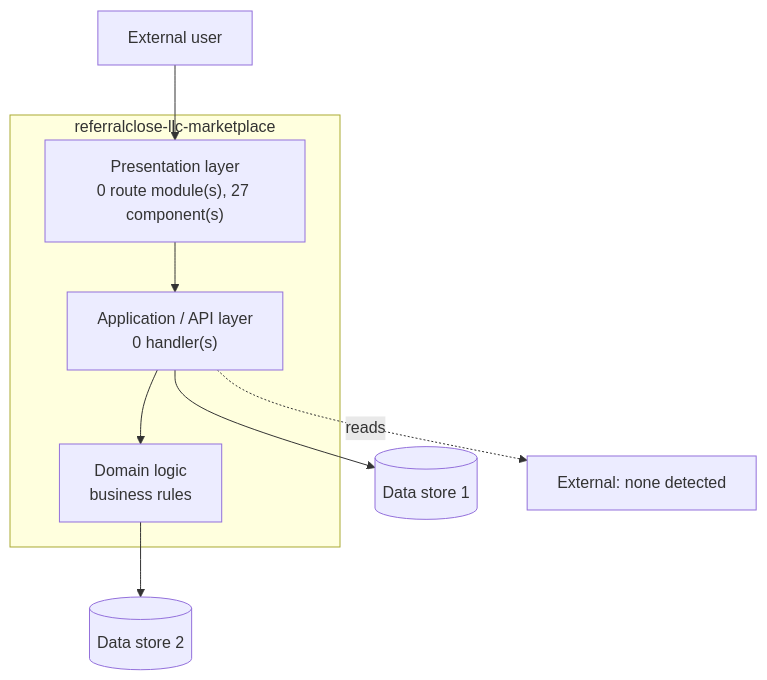
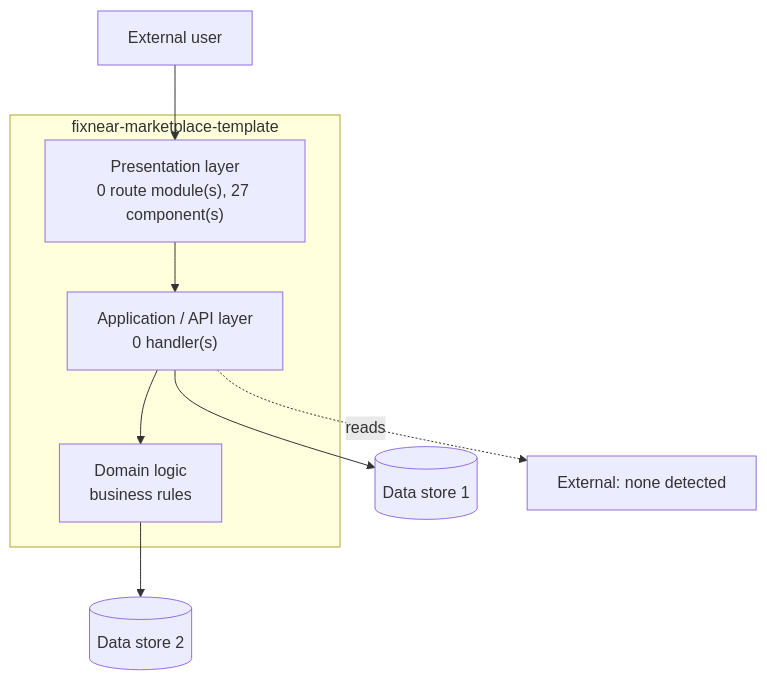
Before and after one commit to mhklogs/fixnear-marketplace-template: the second of 2 diagrams in documents/04-data-flow-diagram.md, drawn with Mermaid. The commit also changed other lines of this file and 31 other files, not shown here.

````diff
--- a/documents/04-data-flow-diagram.md
+++ b/documents/04-data-flow-diagram.md
@@ -19,15 +19,15 @@
 ```mermaid
 flowchart TD
     U["External user"] --> P1
 
-    subgraph APP ["referralclose-llc-marketplace"]
+    subgraph APP ["fixnear-marketplace-template"]
         P1["Presentation layer<br/>0 route module(s), 27 component(s)"]
         P2["Application / API layer<br/>0 handler(s)"]
         P3["Domain logic<br/>business rules"]
         P1 --> P2 --> P3
     end
 
     P2 --> D1[("Data store 1")]
     P3 --> D2[("Data store 2")]
     P2 -.->|"reads"| EXT["External: none detected"]
 ```
````
